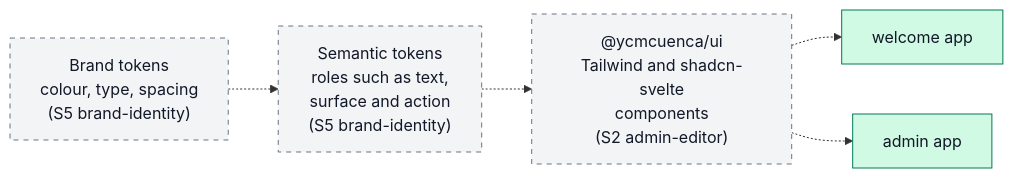
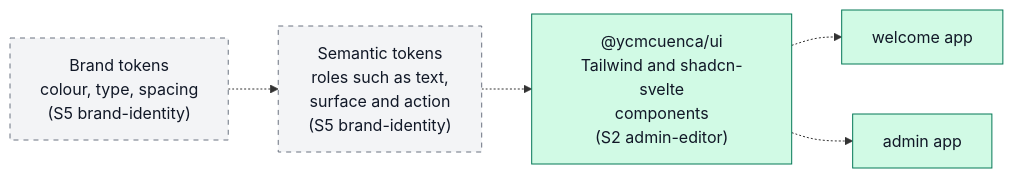
The diagram in docs/DESIGN.md (ycmcuenca/ycmcuenca-core), drawn with Mermaid before and after one commit. The commit also changed other lines of this file and 12 other files, not shown here.

First line of the commit message:
chore(openspec): archive admin-editor

````diff
--- a/docs/DESIGN.md
+++ b/docs/DESIGN.md
@@ -69,14 +72,14 @@
 ```mermaid
 flowchart LR
     brand["Brand tokens<br/>colour, type, spacing<br/>(S5 brand-identity)"]:::planned
     semantic["Semantic tokens<br/>roles such as text,<br/>surface and action<br/>(S5 brand-identity)"]:::planned
-    ui["@ycmcuenca/ui<br/>Tailwind and shadcn-svelte<br/>components<br/>(S2 admin-editor)"]:::planned
+    ui["@ycmcuenca/ui<br/>Tailwind and shadcn-svelte<br/>components<br/>(S2 admin-editor)"]:::built
     welcome["welcome app"]:::built
     admin["admin app"]:::built
 
     brand -.-> semantic -.-> ui
     ui -.-> welcome & admin
 
     classDef built fill:#d1fae5,stroke:#047857,color:#111827
     classDef planned fill:#f3f4f6,stroke:#6b7280,color:#111827,stroke-dasharray:5 5
 ```
````
